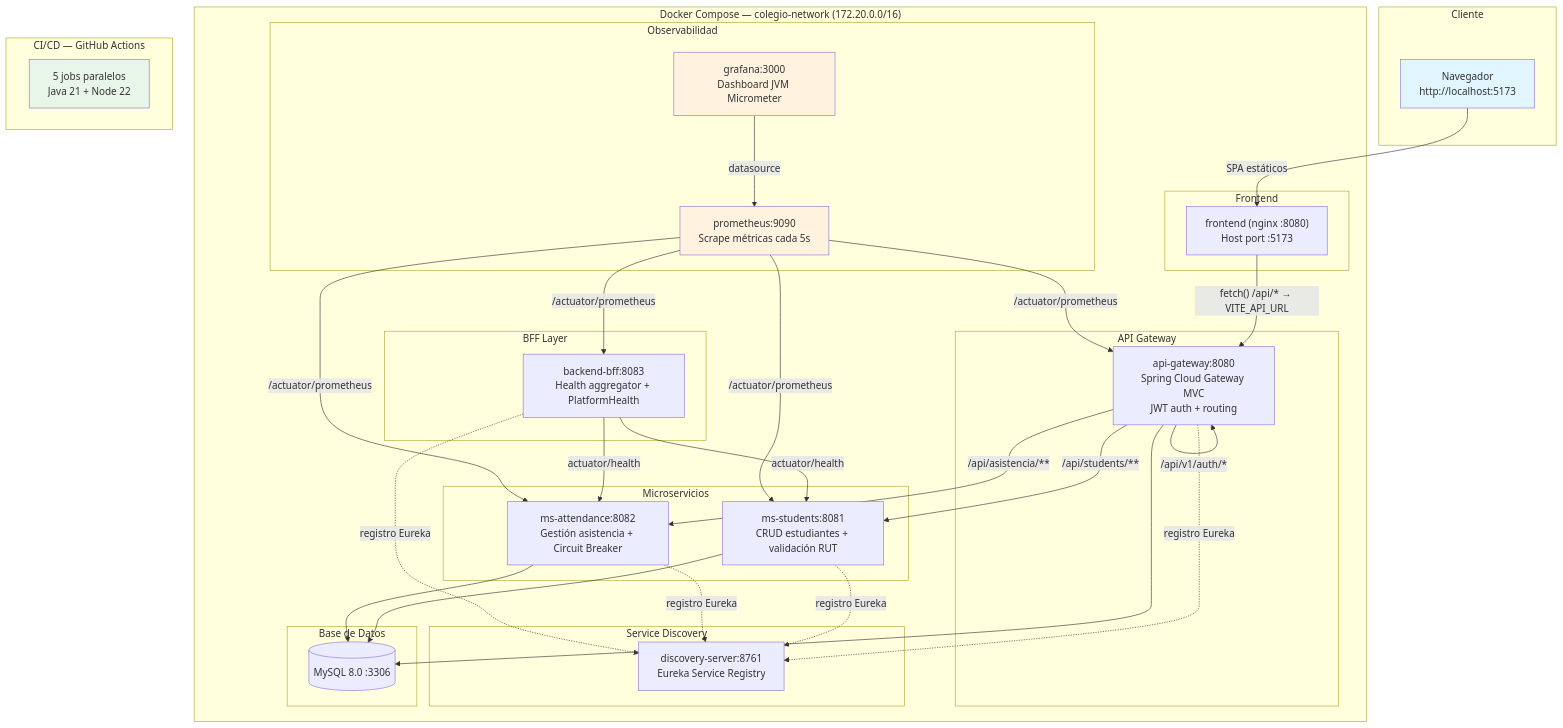
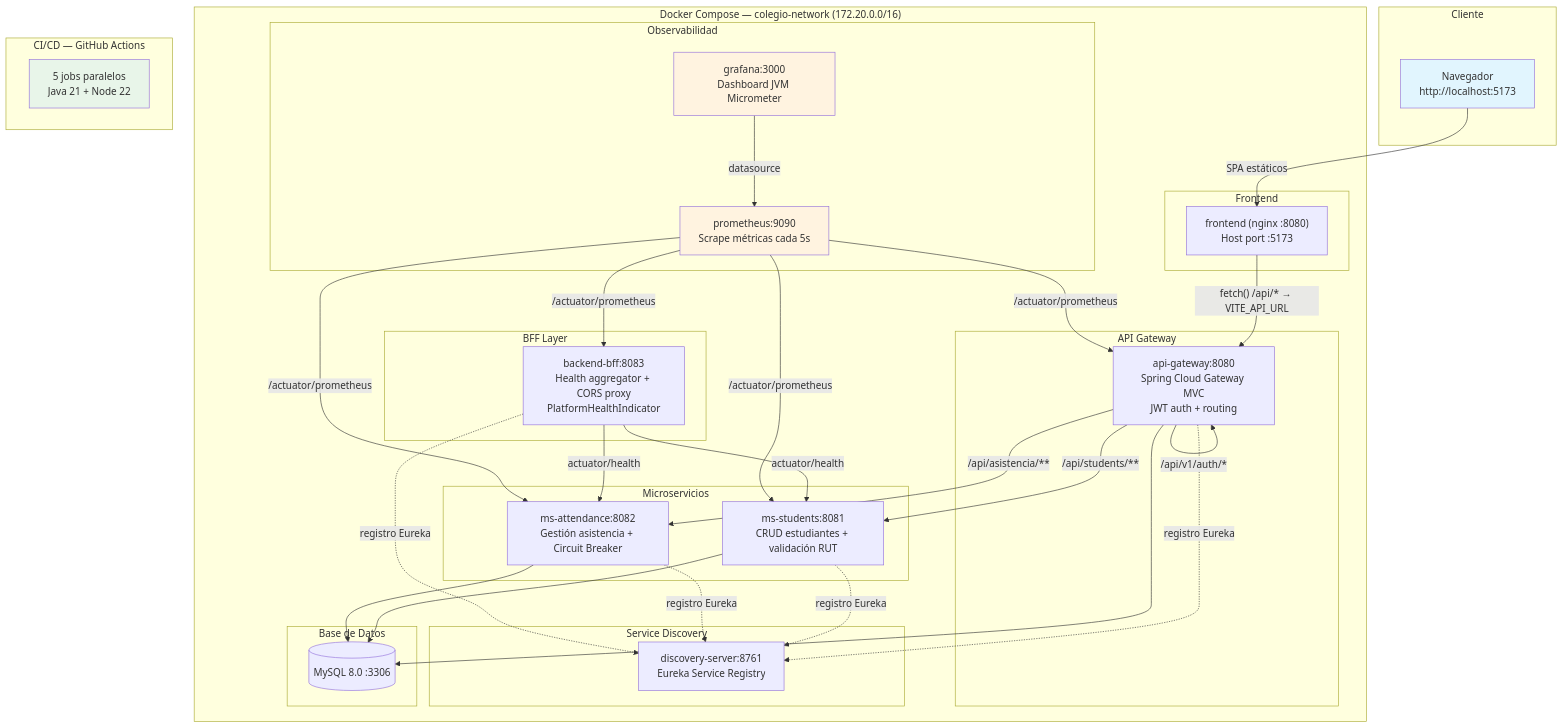
Before and after one commit to franciscodiazu/colegio-ohiggins-platform: the diagram in README.md, drawn with Mermaid. The commit also changed other lines of this file and 3 other files, not shown here.

Commit message:
docs(EV3): finalizar la sincronización de la documentación y la configuración de backend-bff tras la cirugía v1.19

````diff
--- a/README.md
+++ b/README.md
@@ -13,72 +13,72 @@
 ```mermaid
 graph TD
     subgraph Cliente
         Browser[Navegador<br/>http://localhost:5173]
     end
 
     subgraph "Docker Compose — colegio-network (172.20.0.0/16)"
         subgraph Frontend
             FE["frontend (nginx :8080)<br/>Host port :5173"]
         end
 
         subgraph "API Gateway"
             GW["api-gateway:8080<br/>Spring Cloud Gateway MVC<br/>JWT auth + routing"]
         end
 
         subgraph "BFF Layer"
-            BFF["backend-bff:8083<br/>Health aggregator + PlatformHealth"]
+            BFF["backend-bff:8083<br/>Health aggregator + CORS proxy<br/>PlatformHealthIndicator"]
         end
 
         subgraph "Microservicios"
             MS1["ms-students:8081<br/>CRUD estudiantes + validación RUT"]
             MS2["ms-attendance:8082<br/>Gestión asistencia + Circuit Breaker"]
         end
 
         subgraph "Service Discovery"
             DS["discovery-server:8761<br/>Eureka Service Registry"]
         end
 
         subgraph "Base de Datos"
             MySQL[("MySQL 8.0 :3306")]
         end
 
         subgraph "Observabilidad"
             PROM["prometheus:9090<br/>Scrape métricas cada 5s"]
             GRAF["grafana:3000<br/>Dashboard JVM Micrometer"]
         end
     end
 
     subgraph "CI/CD — GitHub Actions"
         CI["5 jobs paralelos<br/>Java 21 + Node 22"]
     end
 
     Browser -->|"SPA estáticos"| FE
     FE -->|"fetch() /api/* → VITE_API_URL"| GW
 
     GW -->|"/api/students/**"| MS1
     GW -->|"/api/asistencia/**"| MS2
     GW -->|"/api/v1/auth/*"| GW
 
     BFF -->|"actuator/health"| MS1
     BFF -->|"actuator/health"| MS2
 
     MS1 --> MySQL
     MS2 --> MySQL
     GW --> MySQL
 
     MS1 -.->|"registro Eureka"| DS
     MS2 -.->|"registro Eureka"| DS
     GW -.->|"registro Eureka"| DS
     BFF -.->|"registro Eureka"| DS
 
     PROM -->|"/actuator/prometheus"| GW
     PROM -->|"/actuator/prometheus"| BFF
     PROM -->|"/actuator/prometheus"| MS1
     PROM -->|"/actuator/prometheus"| MS2
     GRAF -->|"datasource"| PROM
 
     style Browser fill:#e1f5fe
     style CI fill:#e8f5e9
     style PROM fill:#fff3e0
     style GRAF fill:#fff3e0
 ```
````
